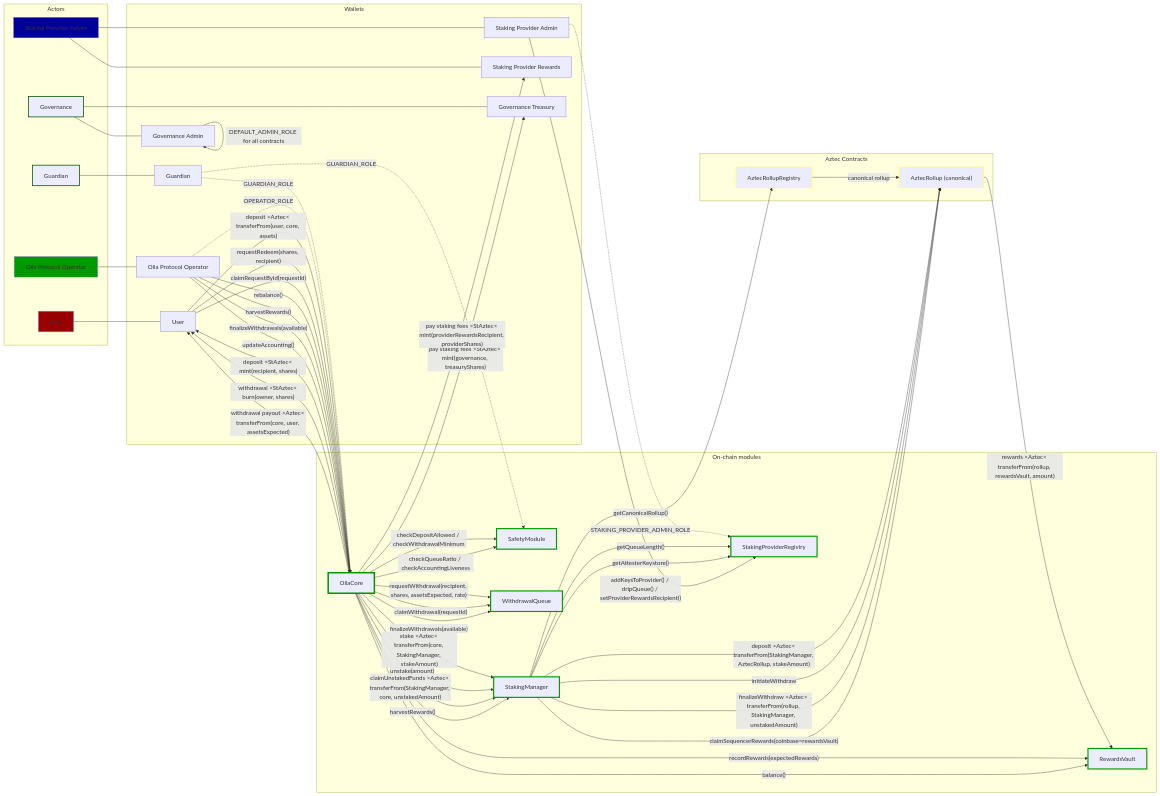
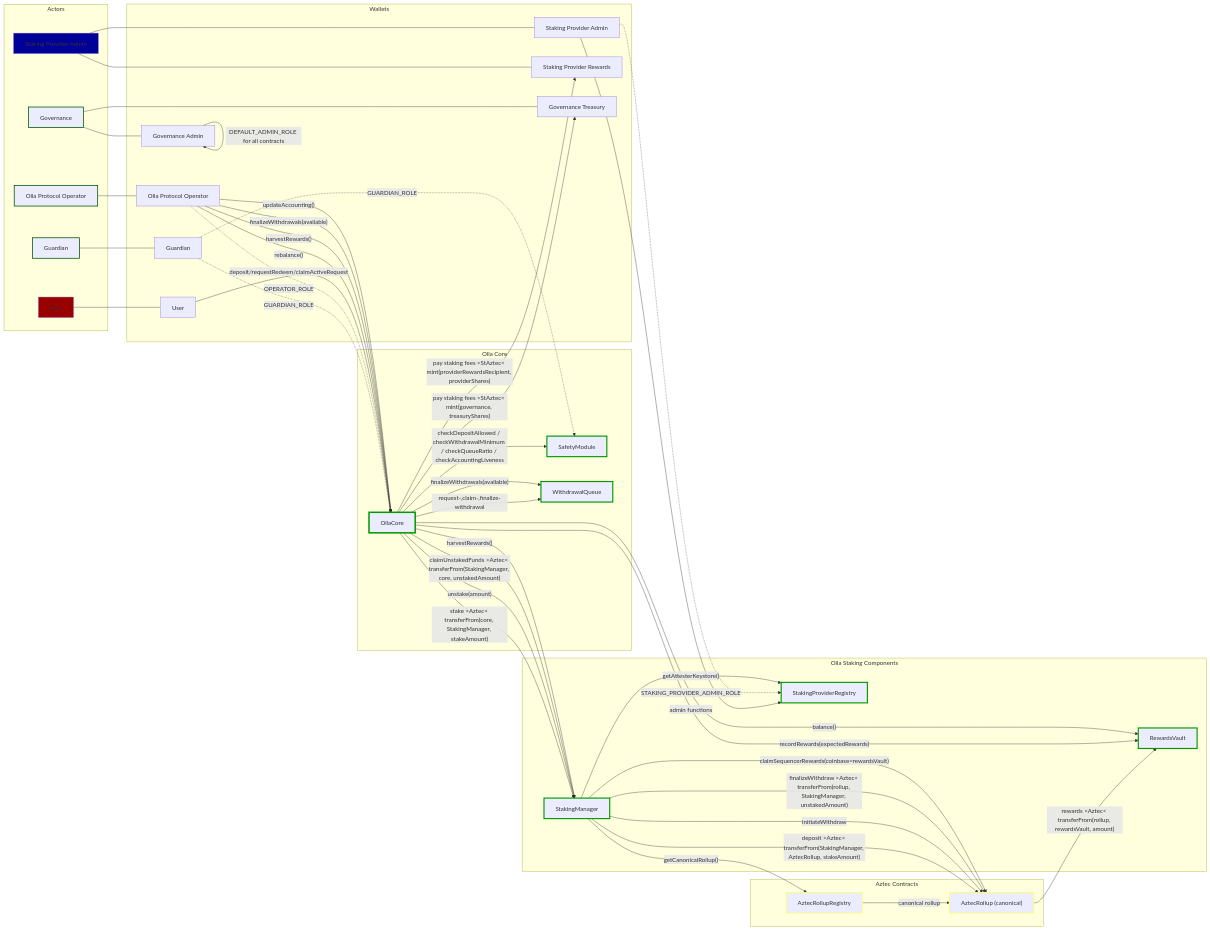
One commit to ollafinance/core changed the first of 6 diagrams in mermaid-diagrams.md. Above: the diagram before and after it, drawn with Mermaid. The commit also changed 1 other file, not shown here.

Commit message:
updated diagram

```diff
--- a/mermaid-diagrams.md
+++ b/mermaid-diagrams.md
@@ -31,14 +31,18 @@
     governanceAdminWallet -->|"DEFAULT_ADMIN_ROLE for all contracts"| governanceAdminWallet
 end
 
-subgraph "On-chain modules"
+subgraph "Olla Core"
     core[OllaCore]
     safety[SafetyModule]
     withdrawQ[WithdrawalQueue]
+end
+subgraph "Olla Staking Components"
     rewards[RewardsVault]
     stkMan[StakingManager]
     spr[StakingProviderRegistry]
 end
+
+stakingProviderAdminWallet -->|"admin functions"| spr
 
 subgraph "Aztec Contracts"
     rollupRegistry[AztecRollupRegistry]
@@ -52,20 +56,11 @@
 stakingProviderAdminWallet -. "STAKING_PROVIDER_ADMIN_ROLE" .-> spr
 
 %% User flows (asset + call-path)
-userWallet -->|"deposit >Aztec< transferFrom(user, core, assets)"| core
-core -->|"deposit >StAztec< mint(recipient, shares)"| userWallet
+userWallet -->|"deposit/requestRedeem/claimActiveRequest"| core
 
-userWallet -->|"requestRedeem(shares, recipient)"| core
-core -->|"withdrawal >StAztec< burn(owner, shares)"| userWallet
-core -->|"requestWithdrawal(recipient, shares, assetsExpected, rate)"| withdrawQ
+core -->|"request-,claim-,finalize-withdrawal"| withdrawQ
 
-userWallet -->|"claimRequestById(requestId)"| core
-core -->|"claimWithdrawal(requestId)"| withdrawQ
-core -->|"withdrawal payout >Aztec< transferFrom(core, user, assetsExpected)"| userWallet
-
-%% Safety checks (control-plane)
-core -->|"checkDepositAllowed / checkWithdrawalMinimum"| safety
-core -->|"checkQueueRatio / checkAccountingLiveness"| safety
+core -->|"checkDepositAllowed / checkWithdrawalMinimum / checkQueueRatio / checkAccountingLiveness"| safety
 
 %% Operator cycle (end-state orchestration)
 ollaOperatorWallet -->|"rebalance()"| core
@@ -75,7 +70,6 @@
 
 %% Staking principal (AZTEC token) movements
 core -->|"stake >Aztec< transferFrom(core, StakingManager, stakeAmount)"| stkMan
-stkMan -->|"getQueueLength()"| spr
 stkMan -->|"getAttesterKeystore()"| spr
 stkMan -->|"deposit >Aztec< transferFrom(StakingManager, AztecRollup, stakeAmount)"| rollup
 
@@ -100,10 +94,9 @@
 core -->|"pay staking fees >StAztec< mint(providerRewardsRecipient, providerShares)"| stakingProviderRewardsWallet
 
 %% Staking provider admin (control-plane)
-stakingProviderAdminWallet -->|"addKeysToProvider() / dripQueue() / setProviderRewardsRecipient()"| spr
 
 style user fill:#900
-style ollaOperatorActor fill:#090
+style ollaOperatorActor stroke:#050,stroke-width:2px
 style stakingProviderActor fill:#009
 style rollup stroke:#ff6,stroke-width:2px
 style core stroke:#090,stroke-width:4px
```
